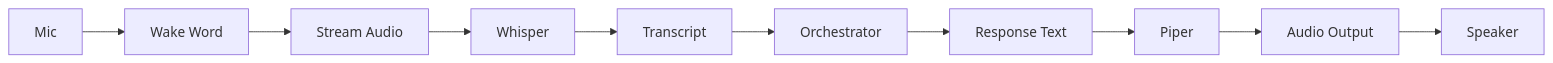
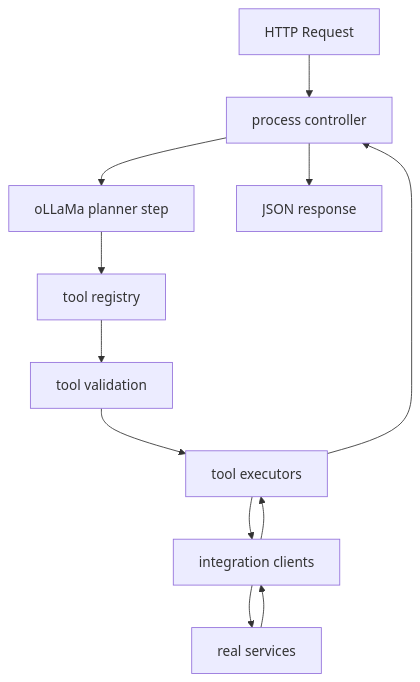
The third of 3 diagrams in docs/ARCHITECTURE.md (psyeo2/Clankassist), drawn with Mermaid before and after one commit. The commit also changed other lines of this file and 3 other files, not shown here.

````diff
--- a/docs/ARCHITECTURE.md
+++ b/docs/ARCHITECTURE.md
@@ -134,21 +95,15 @@
 ```mermaid
-flowchart LR
+flowchart TD
 
-mic[Mic] --> wake[Wake Word]
-
-wake --> stream[Stream Audio]
-
-stream --> stt[Whisper]
-
-stt --> text[Transcript]
-
-text --> orchestrator[Orchestrator]
-
-orchestrator --> response[Response Text]
-
-response --> tts[Piper]
-
-tts --> audio[Audio Output]
-
-audio --> speaker[Speaker]
+request[HTTP Request] --> controller[process controller]
+controller --> planner[oLLaMa planner step]
+planner --> registry[tool registry]
+registry --> validation[tool validation]
+validation --> executors[tool executors]
+executors --> integrations[integration clients]
+integrations --> services[real services]
+services --> integrations
+integrations --> executors
+executors --> controller
+controller --> response[JSON response]
 ```
````
